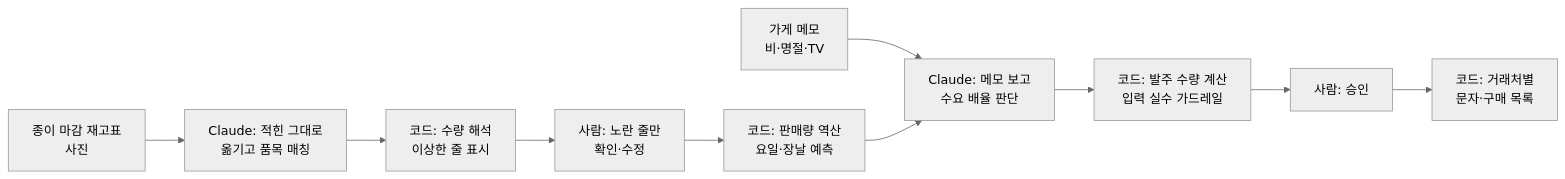
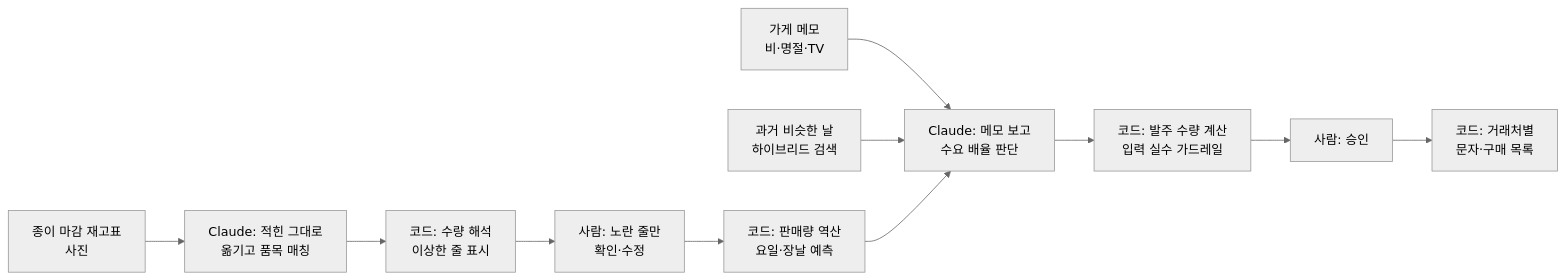
One commit to seungwook-kim/fresh-stock-agent changed the diagram in README.md. Above: the diagram before and after it, drawn with Mermaid (neutral theme). The commit also changed other lines of this file and 2 other files, not shown here.

````diff
--- a/README.md
+++ b/README.md
@@ -28,12 +30,13 @@
 ```mermaid
 flowchart LR
     A[종이 마감 재고표<br/>사진] --> B[Claude: 적힌 그대로<br/>옮기고 품목 매칭]
     B --> C[코드: 수량 해석<br/>이상한 줄 표시]
     C --> D[사람: 노란 줄만<br/>확인·수정]
     D --> E[코드: 판매량 역산<br/>요일·장날 예측]
     M[가게 메모<br/>비·명절·TV] --> F
+    R[과거 비슷한 날<br/>하이브리드 검색] --> F
     E --> F[Claude: 메모 보고<br/>수요 배율 판단]
     F --> G[코드: 발주 수량 계산<br/>입력 실수 가드레일]
     G --> H[사람: 승인]
     H --> I[코드: 거래처별<br/>문자·구매 목록]
 ```
````
